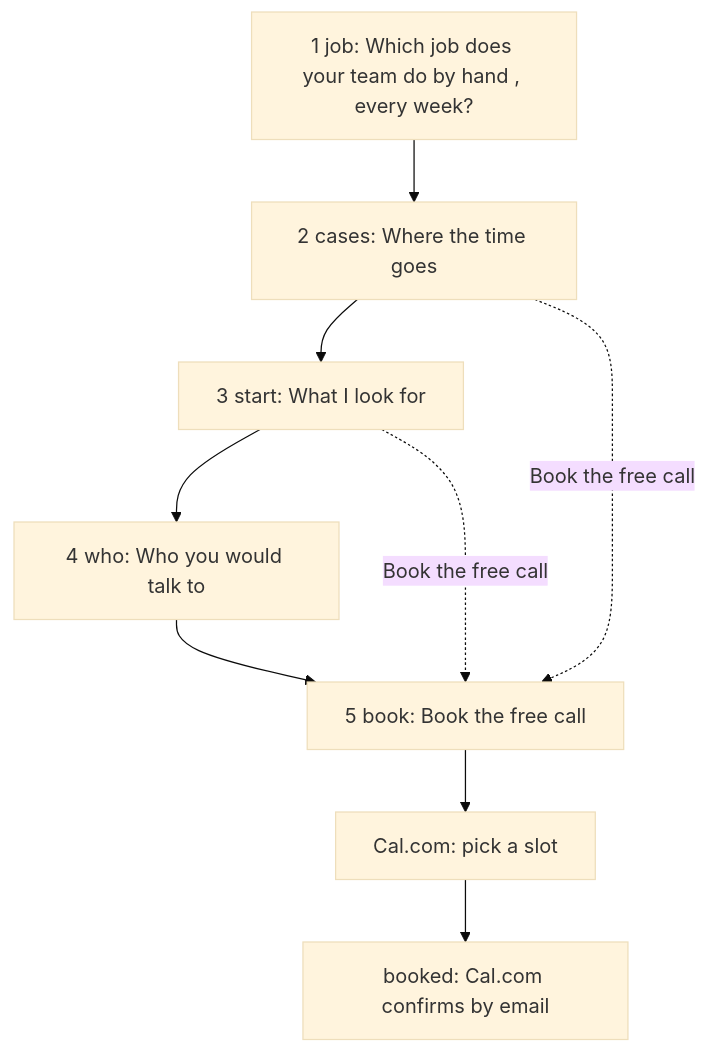
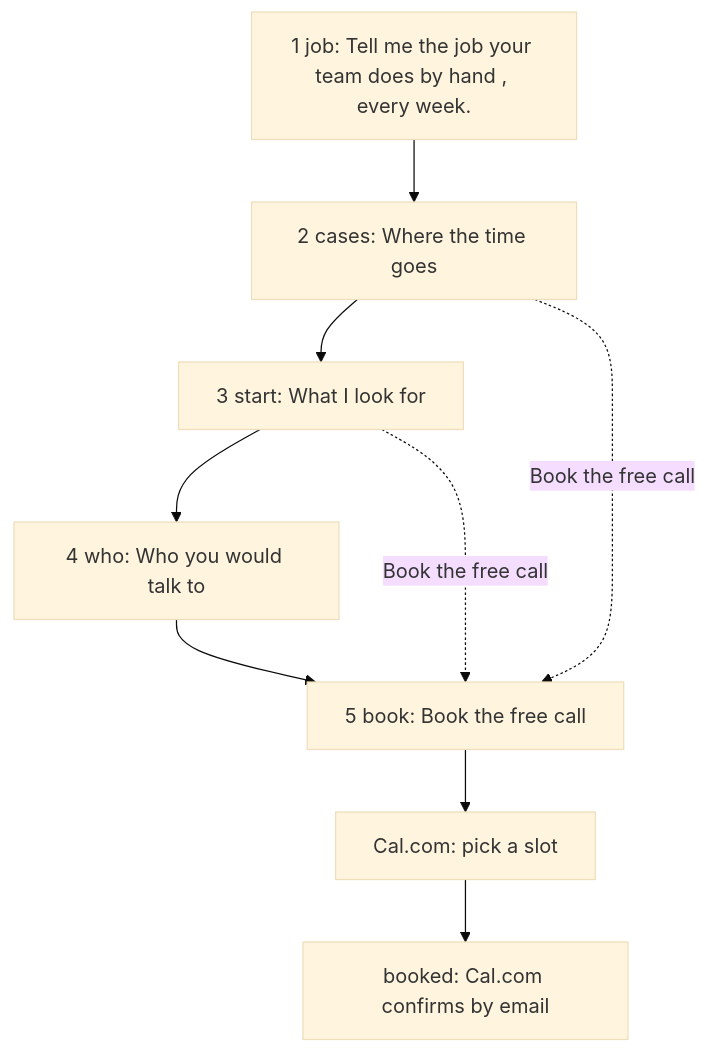
Before and after one commit to Rwb3n/rwb3n.github.io: the diagram in _model/current/process.md, drawn with Mermaid (base theme). The commit also changed other lines of this file and 12 other files, not shown here.

````diff
--- a/_model/current/process.md
+++ b/_model/current/process.md
@@ -8,15 +8,15 @@
 ```mermaid
 flowchart TD
-  S0["1 job: Which job does your team do by hand , every week?"]
+  S0["1 job: Tell me the job your team does by hand , every week."]
   S1["2 cases: Where the time goes"]
   S2["3 start: What I look for"]
   S3["4 who: Who you would talk to"]
   S4["5 book: Book the free call"]
   S0 --> S1
   S1 --> S2
   S2 --> S3
   S3 --> S4
   S1 -. "Book the free call" .-> S4
   S2 -. "Book the free call" .-> S4
   S4 --> C["Cal.com: pick a slot"] --> D["booked: Cal.com confirms by email"]
 ```
````
